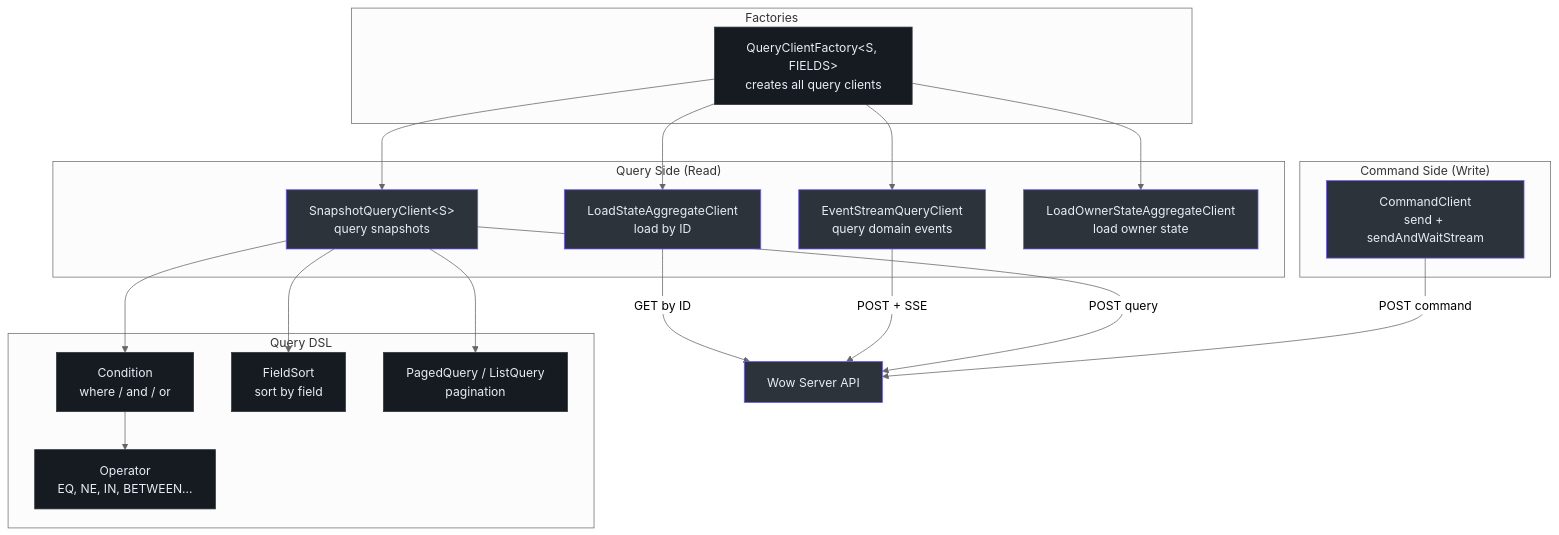
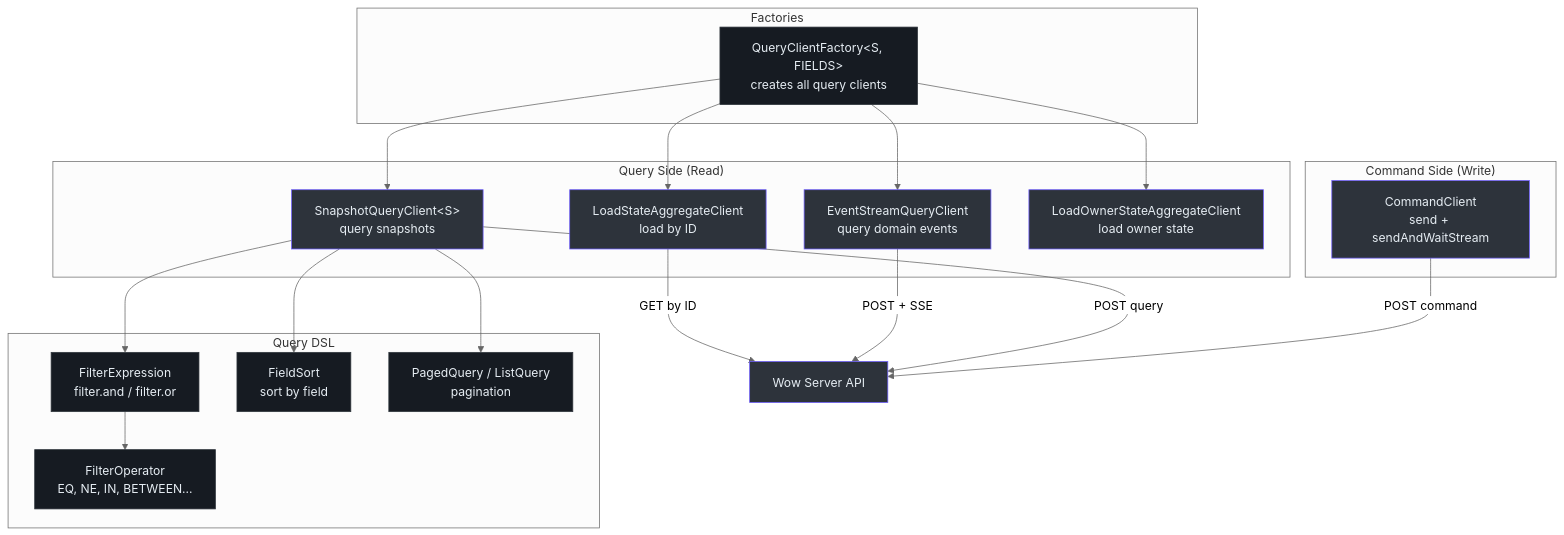
Before and after one commit to Ahoo-Wang/fetcher: the first of 4 diagrams in wiki/packages/wow.md, drawn with Mermaid (neutral theme). The commit also changed other lines of this file and 1 other file, not shown here.

````diff
--- a/wiki/packages/wow.md
+++ b/wiki/packages/wow.md
@@ -18,51 +18,51 @@
 ```mermaid
 graph TB
     subgraph sg_1 ["Command Side (Write)"]
         CC["CommandClient<br>send + sendAndWaitStream"]
     end
 
     subgraph sg_2 ["Query Side (Read)"]
         SQC["SnapshotQueryClient&lt;S&gt;<br>query snapshots"]
         ESQC["EventStreamQueryClient<br>query domain events"]
         LSAC["LoadStateAggregateClient<br>load by ID"]
         LOSAC["LoadOwnerStateAggregateClient<br>load owner state"]
     end
 
     subgraph sg_3 ["Query DSL"]
-        COND["Condition<br>where / and / or"]
+        COND["FilterExpression<br>filter.and / filter.or"]
         SORT["FieldSort<br>sort by field"]
         PAGE["PagedQuery / ListQuery<br>pagination"]
-        OP["Operator<br>EQ, NE, IN, BETWEEN..."]
+        OP["FilterOperator<br>EQ, NE, IN, BETWEEN..."]
     end
 
     subgraph sg_4 ["Factories"]
         QCF["QueryClientFactory&lt;S, FIELDS&gt;<br>creates all query clients"]
     end
 
     QCF --> SQC
     QCF --> ESQC
     QCF --> LSAC
     QCF --> LOSAC
 
     CC --> |"POST command"| API["Wow Server API"]
     SQC --> |"POST query"| API
     ESQC --> |"POST + SSE"| API
     LSAC --> |"GET by ID"| API
 
     SQC --> COND
     SQC --> SORT
     SQC --> PAGE
     COND --> OP
 
     style CC fill:#2d333b,stroke:#6d5dfc,color:#e6edf3
     style SQC fill:#2d333b,stroke:#6d5dfc,color:#e6edf3
     style ESQC fill:#2d333b,stroke:#6d5dfc,color:#e6edf3
     style LSAC fill:#2d333b,stroke:#6d5dfc,color:#e6edf3
     style LOSAC fill:#2d333b,stroke:#6d5dfc,color:#e6edf3
     style QCF fill:#161b22,stroke:#30363d,color:#e6edf3
     style COND fill:#161b22,stroke:#30363d,color:#e6edf3
     style SORT fill:#161b22,stroke:#30363d,color:#e6edf3
     style PAGE fill:#161b22,stroke:#30363d,color:#e6edf3
     style OP fill:#161b22,stroke:#30363d,color:#e6edf3
     style API fill:#2d333b,stroke:#6d5dfc,color:#e6edf3
 ```
````
